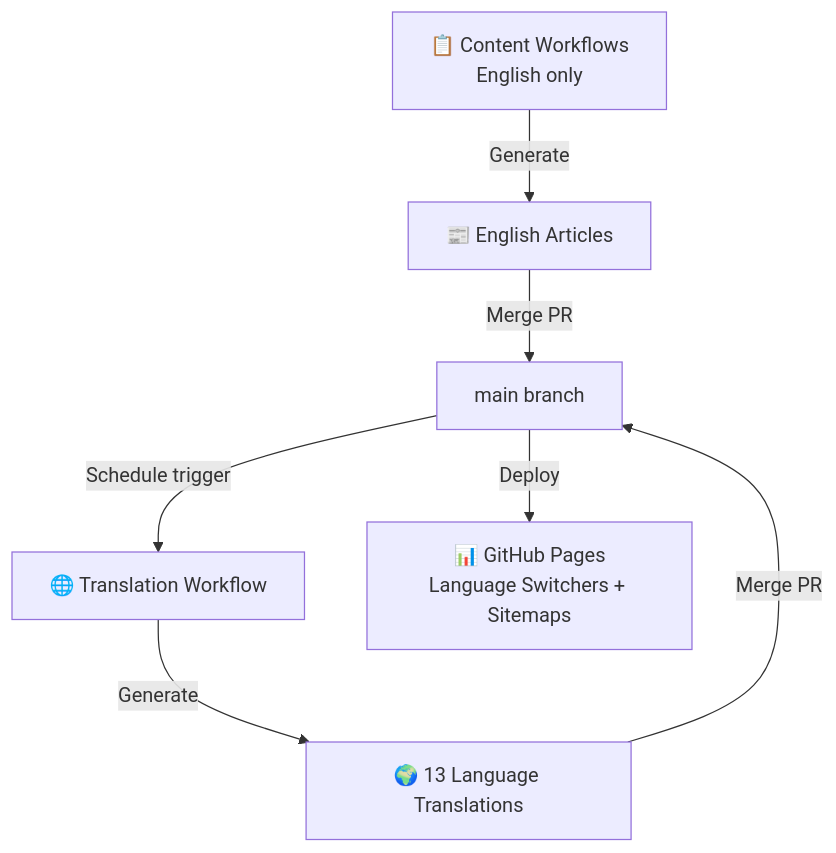
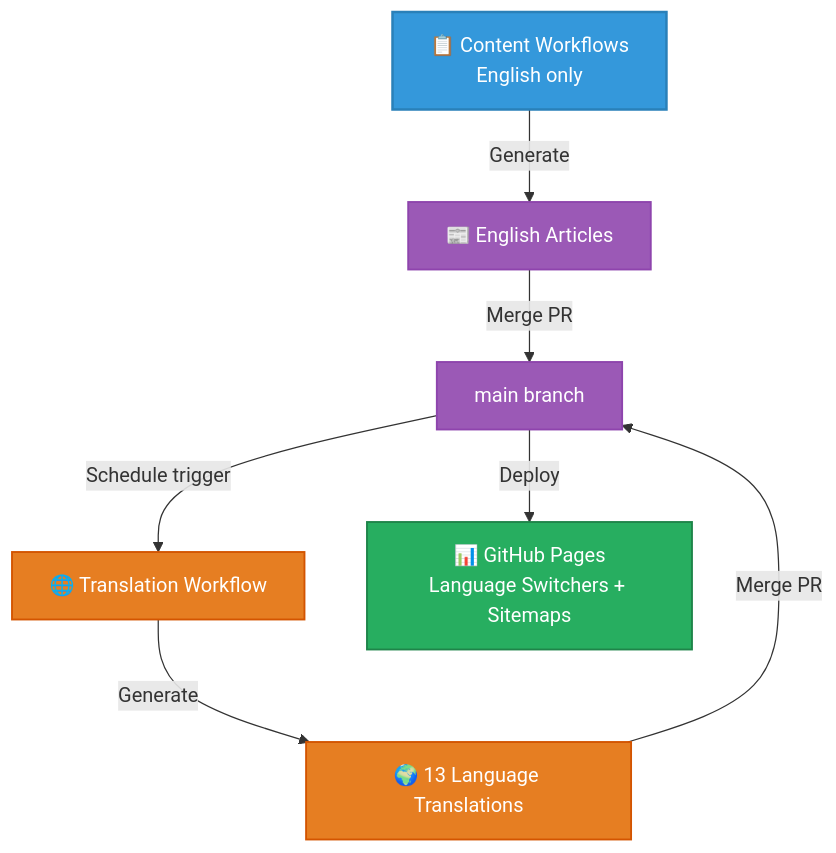
The fourth of 16 diagrams in docs/api/media/WORKFLOWS.md (Hack23/euparliamentmonitor), drawn with Mermaid before and after one commit. The commit also changed other lines of this file and 1053 other files, not shown here.

````diff
--- a/docs/api/media/WORKFLOWS.md
+++ b/docs/api/media/WORKFLOWS.md
@@ -200,9 +346,19 @@
 ```mermaid
 graph TD
     A[📋 Content Workflows<br/>English only] -->|Generate| B[📰 English Articles]
     B -->|Merge PR| C[main branch]
     C -->|Schedule trigger| D[🌐 Translation Workflow]
     D -->|Generate| E[🌍 13 Language Translations]
     E -->|Merge PR| C
     C -->|Deploy| F[📊 GitHub Pages<br/>Language Switchers + Sitemaps]
+
+    classDef trigger fill:#3498db,stroke:#2980b9,stroke-width:2px,color:white
+    classDef process fill:#9b59b6,stroke:#8e44ad,stroke-width:1.5px,color:white
+    classDef deploy fill:#27ae60,stroke:#1e8449,stroke-width:1.5px,color:white
+    classDef translation fill:#e67e22,stroke:#d35400,stroke-width:1.5px,color:white
+
+    class A trigger
+    class B,C process
+    class D,E translation
+    class F deploy
 ```
````
